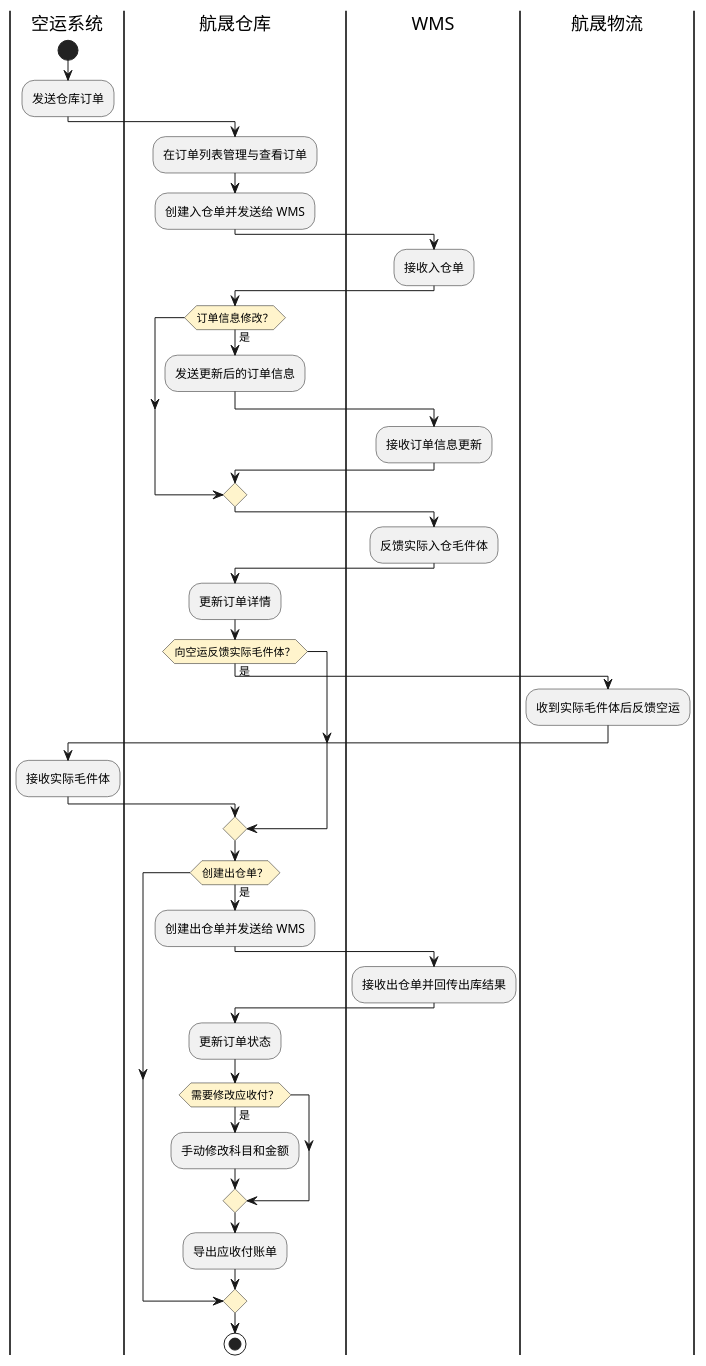
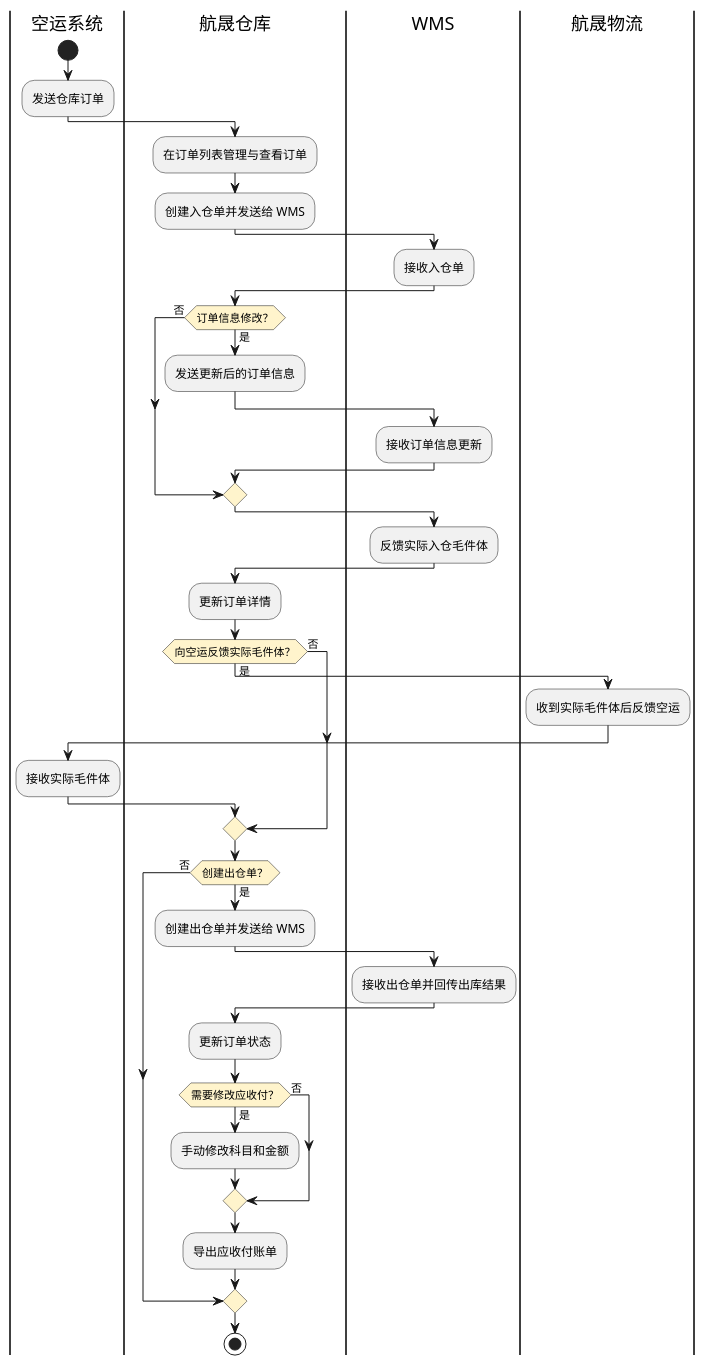
One commit to jack888332/projects-doc changed the first of 3 diagrams in product-caliber/goldjet/segmented-prd/PRD.高捷物流系统一期.第020篇.仓库-仓库订单管理.A77FC65070.md. Above: the diagram before and after it, drawn with PlantUML. The commit also changed other lines of this file and 18 other files, not shown here.

Commit message:
优化DSL图细节

````diff
--- a/product-caliber/goldjet/segmented-prd/PRD.高捷物流系统一期.第020篇.仓库-仓库订单管理.A77FC65070.md
+++ b/product-caliber/goldjet/segmented-prd/PRD.高捷物流系统一期.第020篇.仓库-仓库订单管理.A77FC65070.md
@@ -42,42 +42,46 @@
 ```plantuml
 @startuml goldjet-020-warehouse-wms-handoffs
 skinparam activityDiamondBackgroundColor #FFF4CC
 |空运系统|
 start
 :发送仓库订单;
 |航晟仓库|
 :在订单列表管理与查看订单;
 :创建入仓单并发送给 WMS;
 |WMS|
 :接收入仓单;
 |航晟仓库|
 if (订单信息修改？) then (是)
   :发送更新后的订单信息;
   |WMS|
   :接收订单信息更新;
+else (否)
 endif
 |WMS|
 :反馈实际入仓毛件体;
 |航晟仓库|
 :更新订单详情;
 if (向空运反馈实际毛件体？) then (是)
   |航晟物流|
   :收到实际毛件体后反馈空运;
   |空运系统|
   :接收实际毛件体;
+else (否)
 endif
 |航晟仓库|
 if (创建出仓单？) then (是)
   :创建出仓单并发送给 WMS;
   |WMS|
   :接收出仓单并回传出库结果;
   |航晟仓库|
   :更新订单状态;
   if (需要修改应收付？) then (是)
     :手动修改科目和金额;
+  else (否)
   endif
   :导出应收付账单;
+else (否)
 endif
 stop
 @enduml
 ```
````
